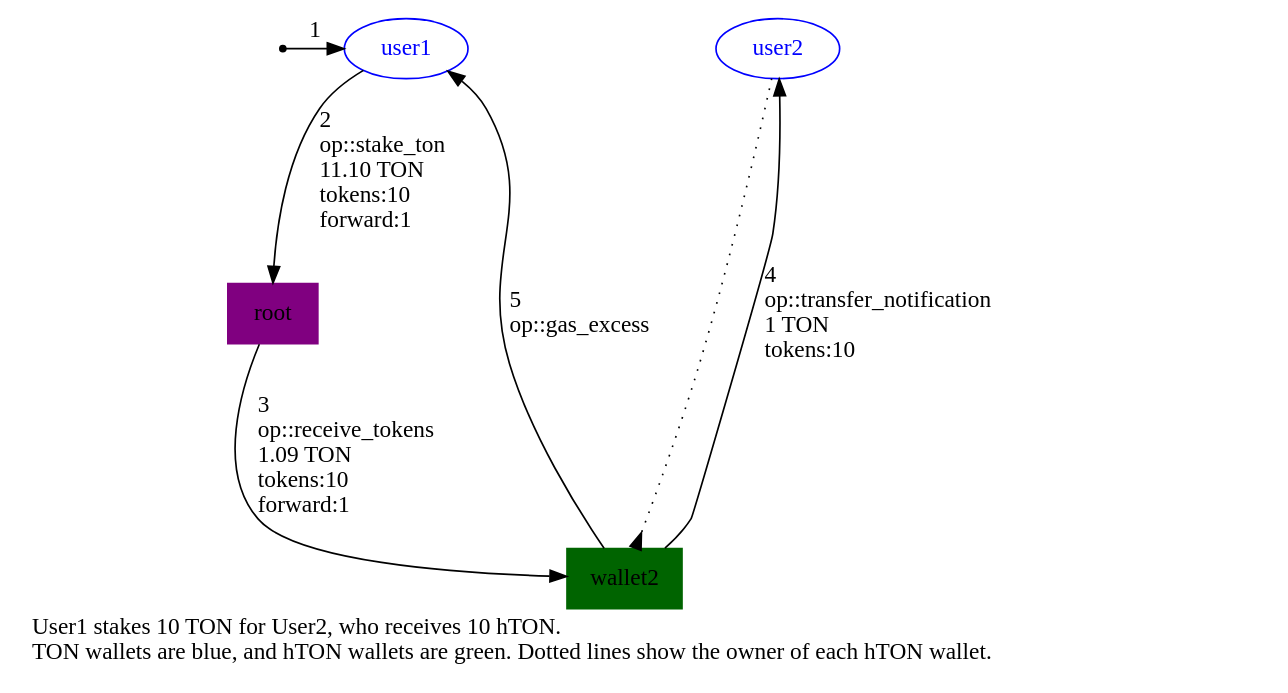
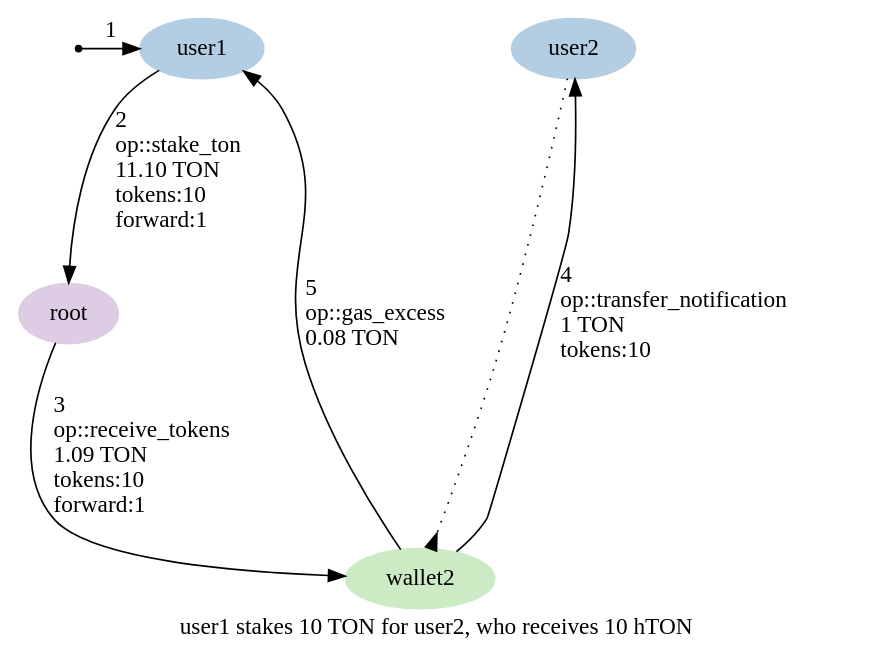
One commit to HipoFinance/contract changed the diagram in graphs/02-stake-ton-other.dot. Above: the diagram before and after it, drawn with Graphviz. The commit also changed 4 other files, not shown here.

Commit message:
Add graph for withdraw

```diff
--- a/graphs/02-stake-ton-other.dot
+++ b/graphs/02-stake-ton-other.dot
@@ -1,23 +1,23 @@
 digraph {
-    label="User1 stakes 10 TON for User2, who receives 10 hTON.\l TON wallets are blue, and hTON wallets are green. Dotted lines show the owner of each hTON wallet.\l"
-    splines=spline
+    label="user1 stakes 10 TON for user2, who receives 10 hTON"
+    node [ colorscheme=pastel19 style=filled ]
 
     /* Entities */
     external [ shape=point ]
-    user1 [ shape=oval color=blue fontcolor=blue ]
-    user2 [ shape=oval color=blue fontcolor=blue ]
-    root [ shape=box color=purple style=filled ]
-    wallet2 [ shape=box color=darkgreen style=filled ]
+    user1 [ color=2 ]
+    user2 [ color=2 ]
+    root [ color=4 ]
+    wallet2 [ color=3 ]
 
     /* Relationships */
-    external -> user1 [label=1 ]
+    external -> user1 [label="1" ]
     user1 -> root [ label="2\l op::stake_ton\l 11.10 TON\l tokens:10\l forward:1\l" ]
     root -> wallet2 [ label="3\l op::receive_tokens\l 1.09 TON\l tokens:10\l forward:1\l" ]
     user2 -> wallet2 [ arrowhead=inv style=dotted ]
     wallet2 -> user2 [ label="4\l op::transfer_notification\l 1 TON\l tokens:10\l" ]
-    wallet2 -> user1 [ label="5\l op::gas_excess\l" ]
+    wallet2 -> user1 [ label="5\l op::gas_excess\l 0.08 TON\l" ]
 
     /* Ranks */
     { rank=min external user1 user2 }
     { rank=max wallet2 }
 }
```
